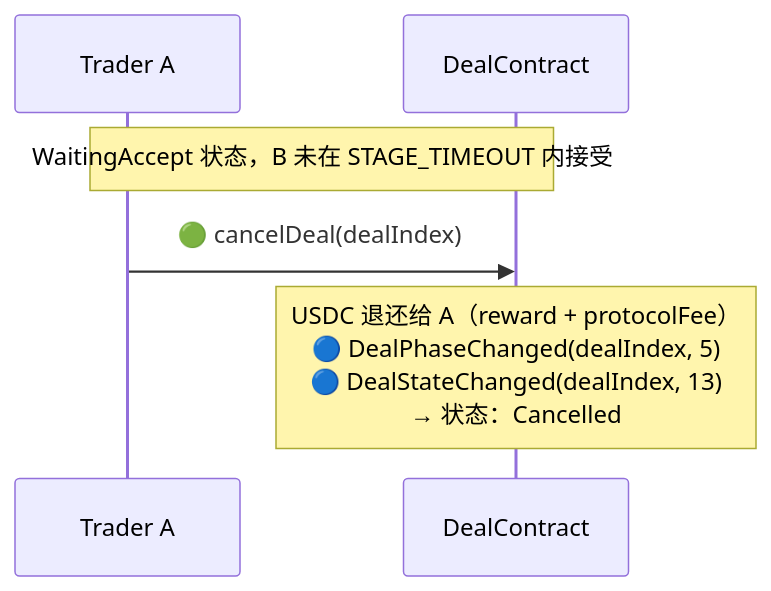
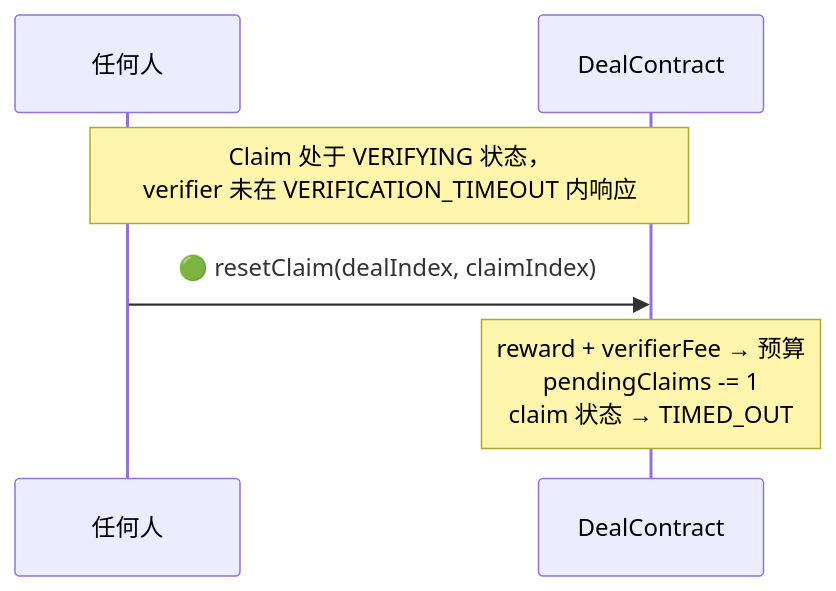
The third of 5 diagrams in examples/x-follow/x-follow-design-zh.md (synctxai/synctx), drawn with Mermaid before and after one commit. The commit also changed other lines of this file and 1 other file, not shown here.

````diff
--- a/examples/x-follow/x-follow-design-zh.md
+++ b/examples/x-follow/x-follow-design-zh.md
@@ -350,9 +279,9 @@
 ```mermaid
 sequenceDiagram
-    participant A as Trader A
+    participant X as 任何人
     participant D as DealContract
 
-    Note over A,D: WaitingAccept 状态，B 未在 STAGE_TIMEOUT 内接受
-    A->>D: 🟢 cancelDeal(dealIndex)
-    Note over D: USDC 退还给 A（reward + protocolFee）<br/>🔵 DealPhaseChanged(dealIndex, 5)<br/>🔵 DealStateChanged(dealIndex, 13)<br/>→ 状态：Cancelled
+    Note over X,D: Claim 处于 VERIFYING 状态，<br/>verifier 未在 VERIFICATION_TIMEOUT 内响应
+    X->>D: 🟢 resetClaim(dealIndex, claimIndex)
+    Note over D: reward + verifierFee → 预算<br/>pendingClaims -= 1<br/>claim 状态 → TIMED_OUT
 ```
````
